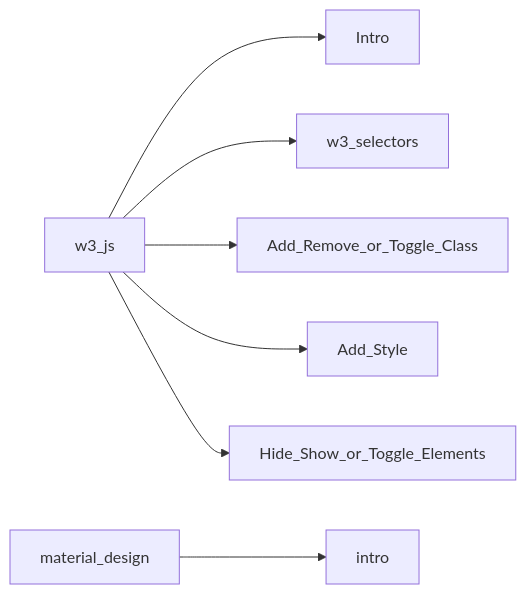
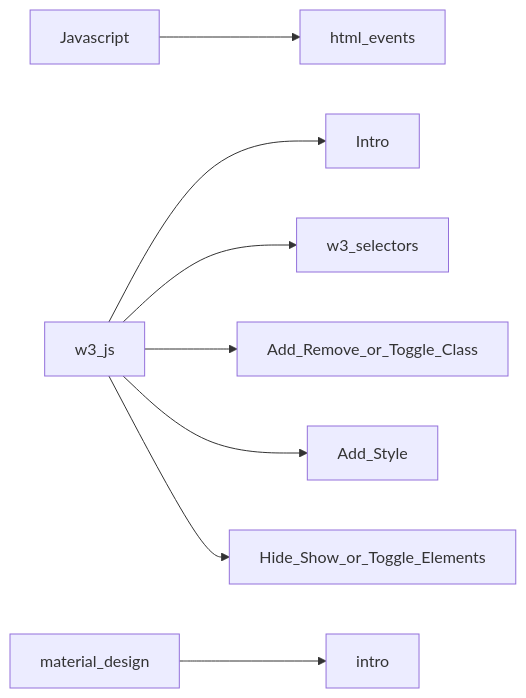
One commit to amitSah121/Others_1 changed the diagram in tutorials/day-3/doc.md. Above: the diagram before and after it, drawn with Mermaid. The commit also changed other lines of this file and 1 other file, not shown here.

````diff
--- a/tutorials/day-3/doc.md
+++ b/tutorials/day-3/doc.md
@@ -4,10 +4,13 @@
 ```mermaid
 graph LR;
+
+    Javascript-->html_events;
+
     w3_js-->Intro;
     w3_js-->w3_selectors;
     w3_js-->Add_Remove_or_Toggle_Class;
     w3_js-->Add_Style;
     w3_js-->Hide_Show_or_Toggle_Elements;
     
     material_design-->intro;
 ```
````
